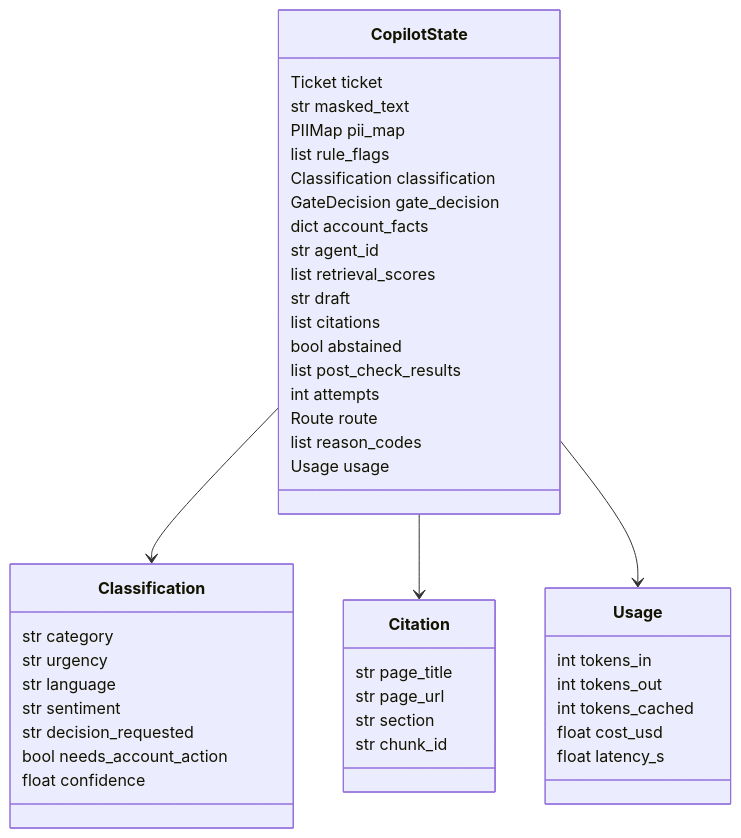
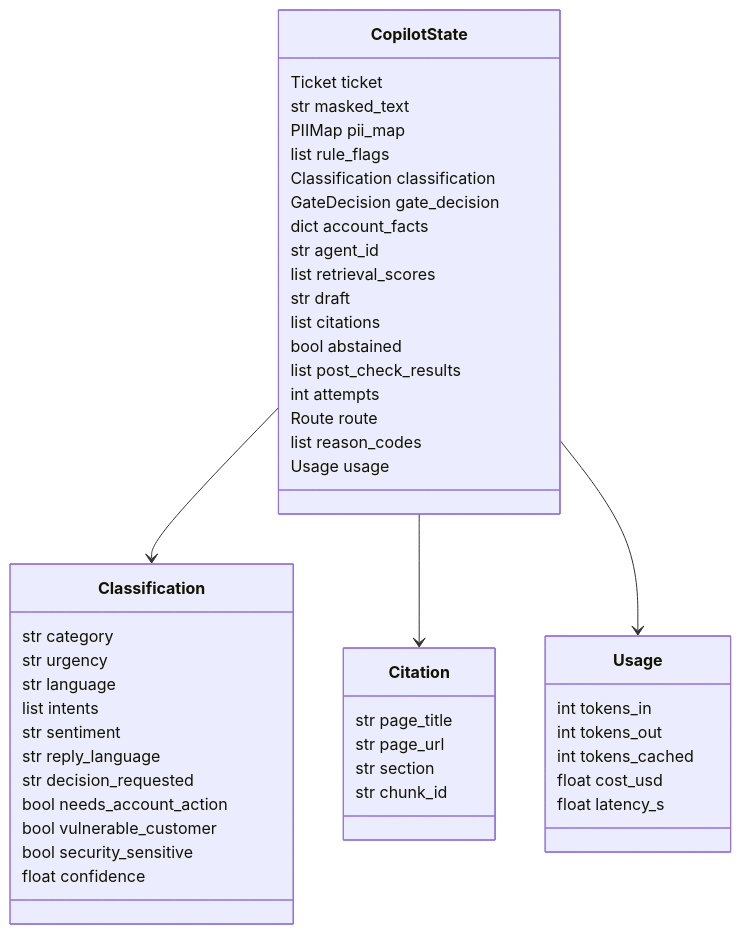
Before and after one commit to mohabashraf/support-copilot: the sixth of 13 diagrams in docs/ARCHITECTURE.md, drawn with Mermaid. The commit also changed other lines of this file and 4 other files, not shown here.

First line of the commit message:
Close adversarial design gaps: multi-intent gating, vulnerable_customer, security_sensitive, digit normalisation, reply_language

````diff
--- a/docs/ARCHITECTURE.md
+++ b/docs/ARCHITECTURE.md
@@ -177,47 +185,51 @@
 ```mermaid
 classDiagram
     class CopilotState {
         Ticket ticket
         str masked_text
         PIIMap pii_map
         list rule_flags
         Classification classification
         GateDecision gate_decision
         dict account_facts
         str agent_id
         list retrieval_scores
         str draft
         list citations
         bool abstained
         list post_check_results
         int attempts
         Route route
         list reason_codes
         Usage usage
     }
     class Classification {
         str category
         str urgency
         str language
+        list intents
         str sentiment
+        str reply_language
         str decision_requested
         bool needs_account_action
+        bool vulnerable_customer
+        bool security_sensitive
         float confidence
     }
     class Citation {
         str page_title
         str page_url
         str section
         str chunk_id
     }
     class Usage {
         int tokens_in
         int tokens_out
         int tokens_cached
         float cost_usd
         float latency_s
     }
     CopilotState --> Classification
     CopilotState --> Citation
     CopilotState --> Usage
 ```
````
